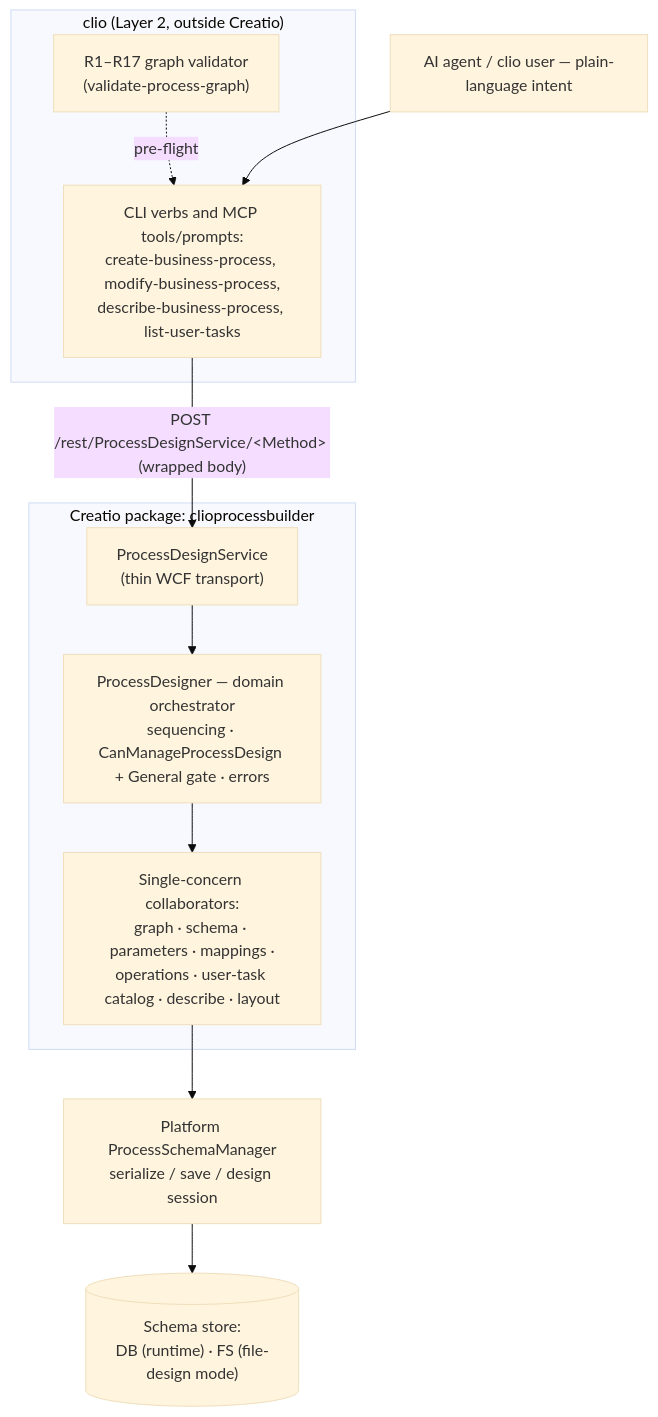
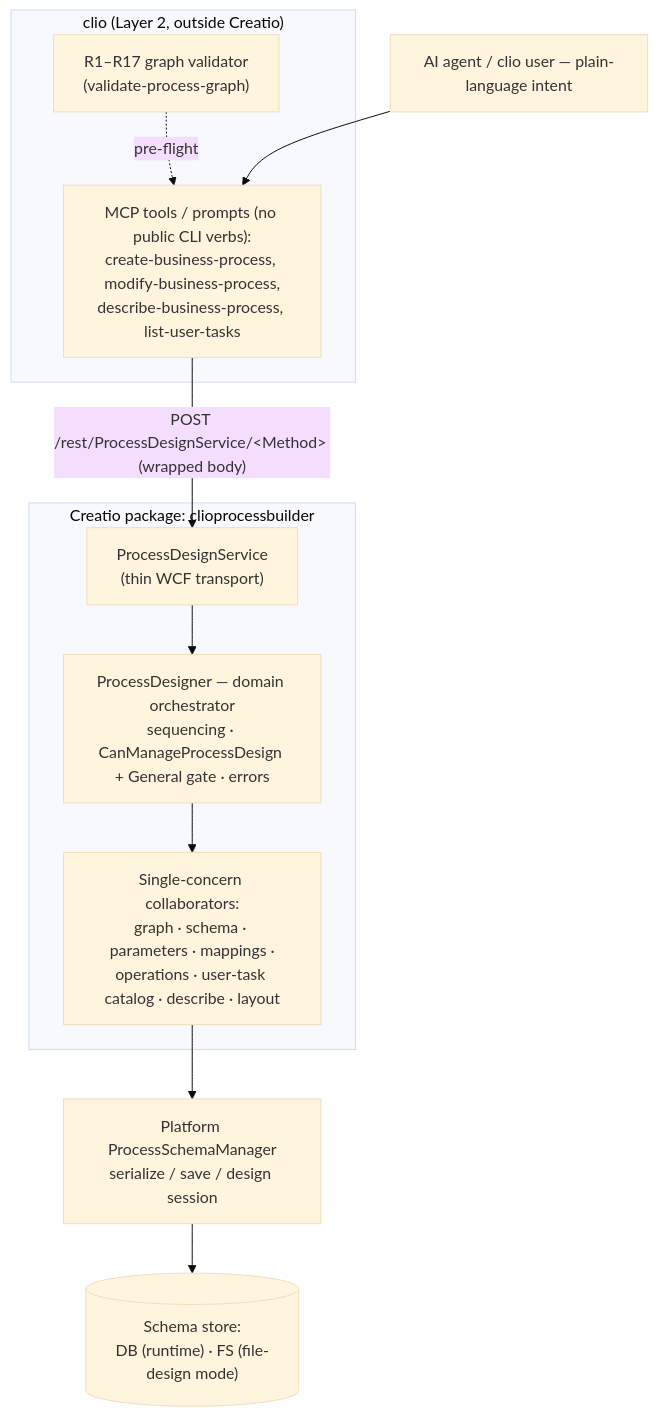
One commit to Advance-Technologies-Foundation/clio changed the diagram in spec/adr/adr-ENG-90883-backend-process-designer.md. Above: the diagram before and after it, drawn with Mermaid (base theme). The commit also changed other lines of this file and 21 other files, not shown here.

````diff
--- a/spec/adr/adr-ENG-90883-backend-process-designer.md
+++ b/spec/adr/adr-ENG-90883-backend-process-designer.md
@@ -25,24 +25,24 @@
 ```mermaid
 flowchart TB
   agent["AI agent / clio user — plain-language intent"]
 
   subgraph clio["clio (Layer 2, outside Creatio)"]
-    verbs["CLI verbs and MCP tools/prompts:<br/>create-business-process, modify-business-process,<br/>describe-business-process, list-user-tasks"]
+    verbs["MCP tools / prompts (no public CLI verbs):<br/>create-business-process, modify-business-process,<br/>describe-business-process, list-user-tasks"]
     validator["R1–R17 graph validator<br/>(validate-process-graph)"]
     validator -. "pre-flight" .-> verbs
   end
 
   subgraph pkg["Creatio package: clioprocessbuilder"]
     svc["ProcessDesignService<br/>(thin WCF transport)"]
     orch["ProcessDesigner — domain orchestrator<br/>sequencing · CanManageProcessDesign + General gate · errors"]
     collab["Single-concern collaborators:<br/>graph · schema · parameters · mappings ·<br/>operations · user-task catalog · describe · layout"]
     svc --> orch --> collab
   end
 
   mgr["Platform ProcessSchemaManager<br/>serialize / save / design session"]
   store[("Schema store:<br/>DB (runtime) · FS (file-design mode)")]
 
   agent --> verbs
   verbs -- "POST /rest/ProcessDesignService/&lt;Method&gt; (wrapped body)" --> svc
   collab --> mgr --> store
 ```
````
